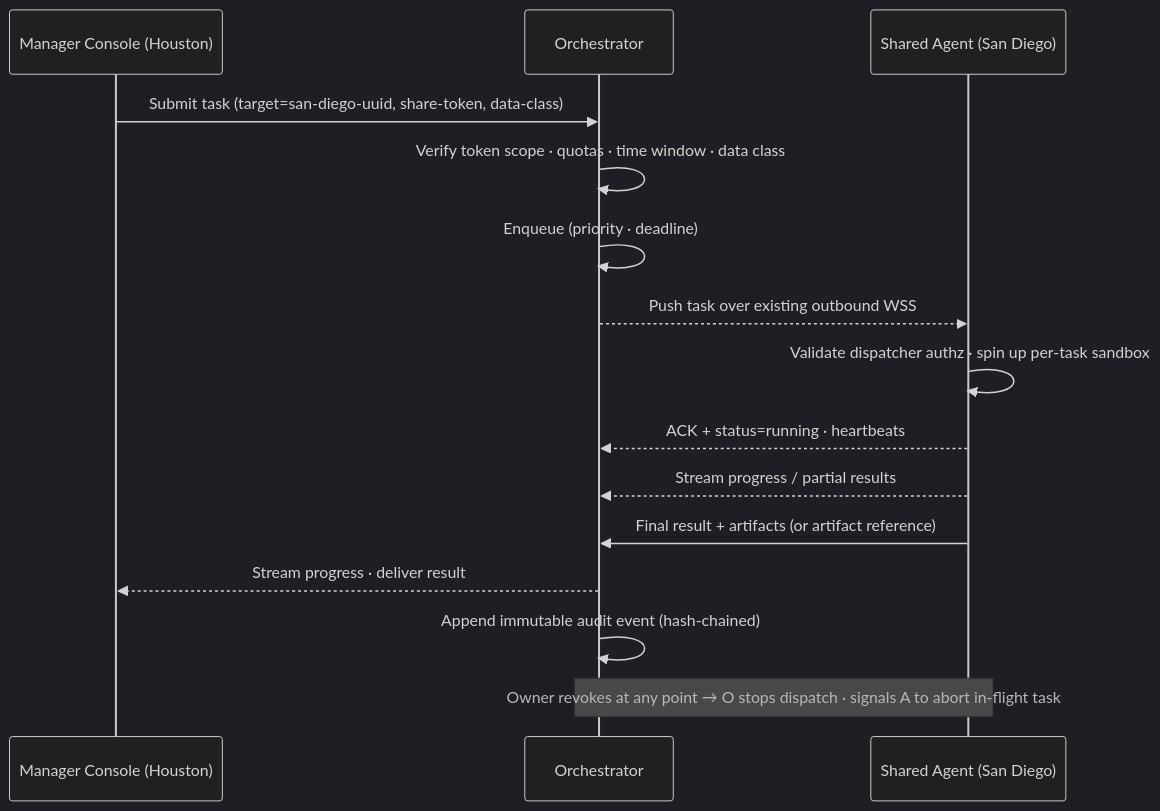
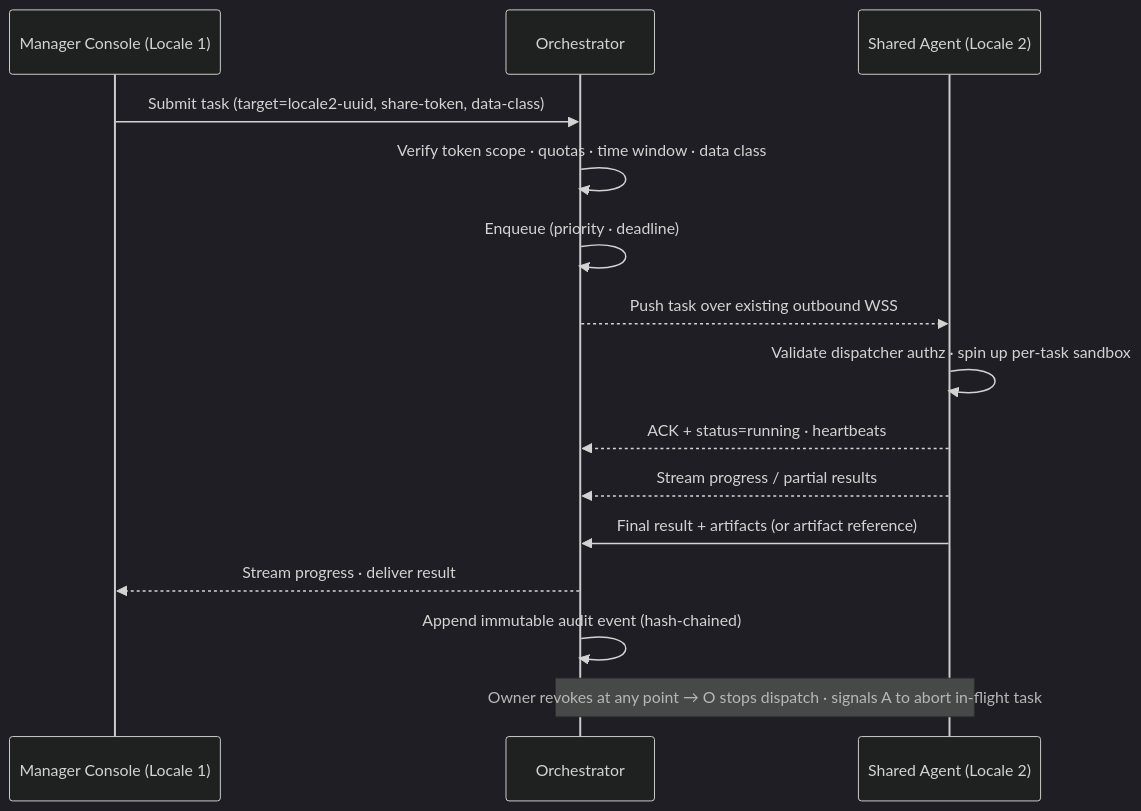
The second of 4 diagrams in GruperDistributedSpec.md (jnowat/gruper), drawn with Mermaid (dark theme) before and after one commit. The commit also changed other lines of this file and 1 other file, not shown here.

````diff
--- a/GruperDistributedSpec.md
+++ b/GruperDistributedSpec.md
@@ -194,18 +194,18 @@
 ```mermaid
 sequenceDiagram
-    participant M as Manager Console (Houston)
+    participant M as Manager Console (Locale 1)
     participant O as Orchestrator
-    participant A as Shared Agent (San Diego)
+    participant A as Shared Agent (Locale 2)
 
-    M->>O: Submit task (target=san-diego-uuid, share-token, data-class)
+    M->>O: Submit task (target=locale2-uuid, share-token, data-class)
     O->>O: Verify token scope · quotas · time window · data class
     O->>O: Enqueue (priority · deadline)
     O-->>A: Push task over existing outbound WSS
     A->>A: Validate dispatcher authz · spin up per-task sandbox
     A-->>O: ACK + status=running · heartbeats
     A-->>O: Stream progress / partial results
     A->>O: Final result + artifacts (or artifact reference)
     O-->>M: Stream progress · deliver result
     O->>O: Append immutable audit event (hash-chained)
     Note over O,A: Owner revokes at any point → O stops dispatch · signals A to abort in-flight task
 ```
````
